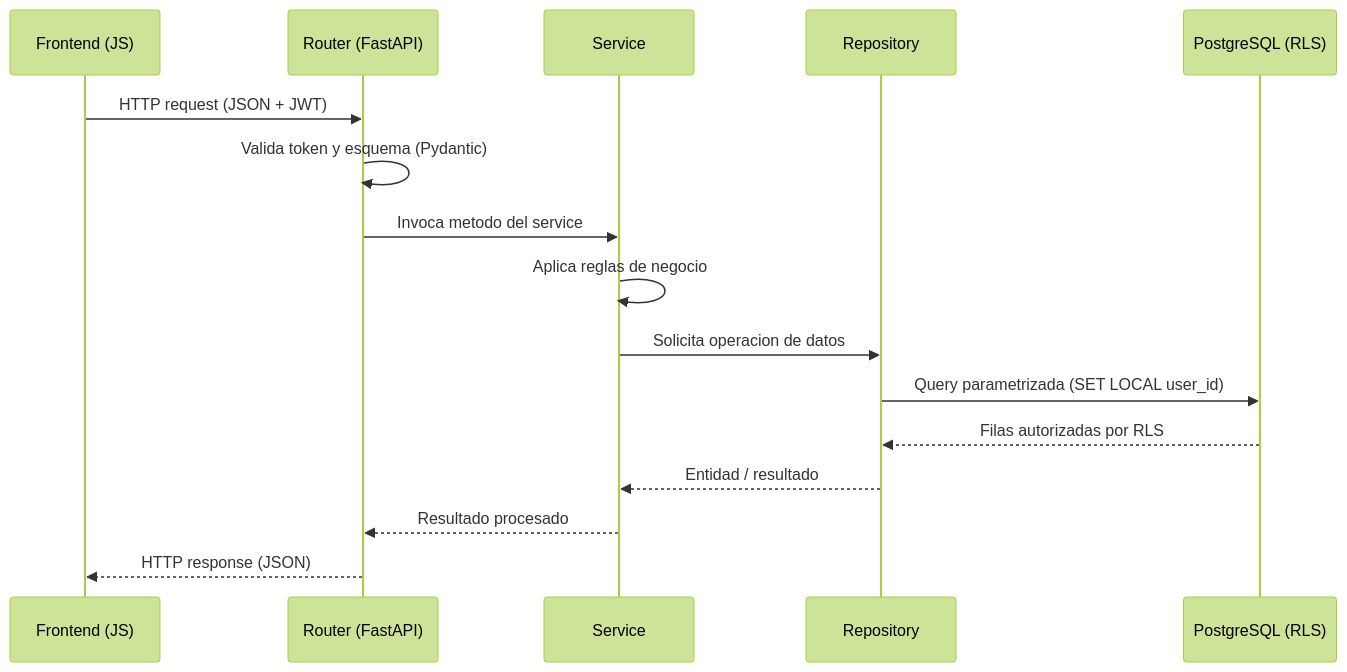
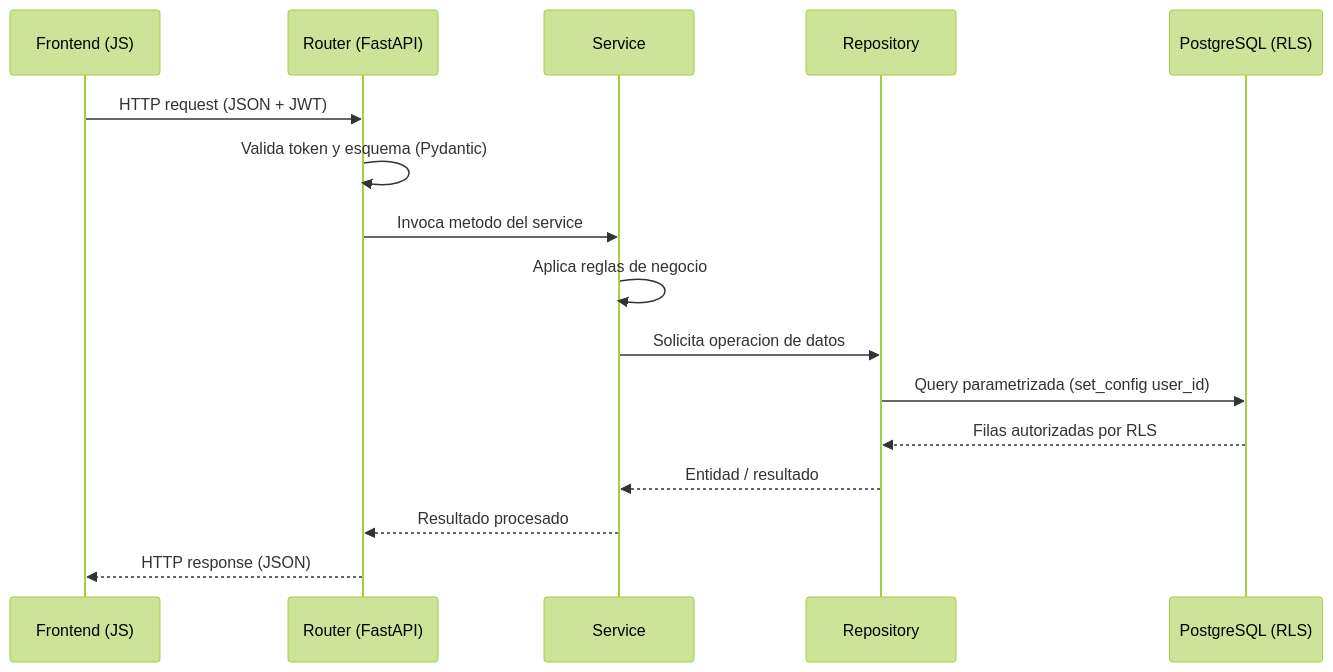
Before and after one commit to marianavargasospina/Fintrack: the second of 3 diagrams in docs/architecture.md, drawn with Mermaid (forest theme). The commit also changed other lines of this file and 23 other files, not shown here.

````diff
--- a/docs/architecture.md
+++ b/docs/architecture.md
@@ -159,19 +159,19 @@
 ```mermaid
 sequenceDiagram
     participant F as Frontend (JS)
     participant R as Router (FastAPI)
     participant S as Service
     participant Repo as Repository
     participant DB as PostgreSQL (RLS)
 
     F->>R: HTTP request (JSON + JWT)
     R->>R: Valida token y esquema (Pydantic)
     R->>S: Invoca metodo del service
     S->>S: Aplica reglas de negocio
     S->>Repo: Solicita operacion de datos
-    Repo->>DB: Query parametrizada (SET LOCAL user_id)
+    Repo->>DB: Query parametrizada (set_config user_id)
     DB-->>Repo: Filas autorizadas por RLS
     Repo-->>S: Entidad / resultado
     S-->>R: Resultado procesado
     R-->>F: HTTP response (JSON)
 ```
````
